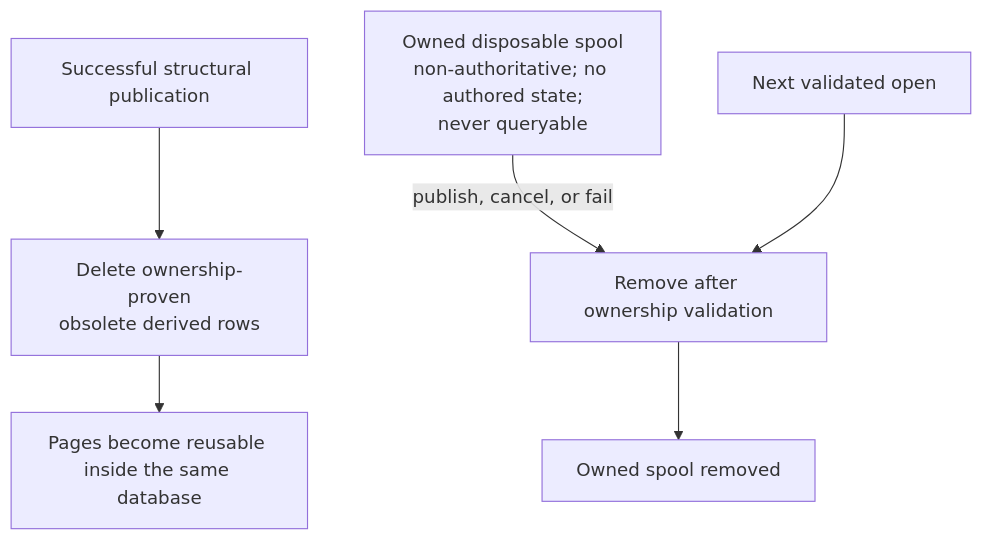
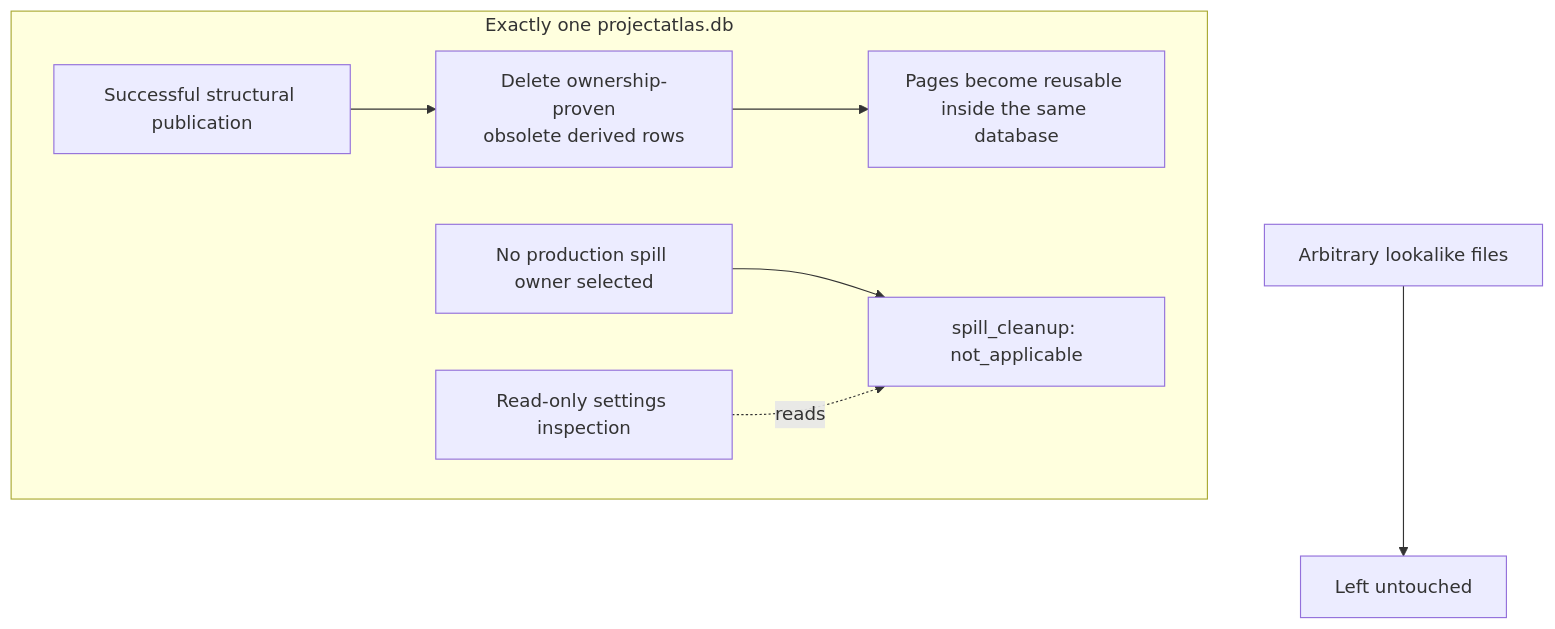
Diagram 15 of 16 in docs/projectatlas-3-architecture.md (styler-ai/ProjectAtlas), drawn with Mermaid before and after one commit. The commit also changed other lines of this file and 16 other files, not shown here.

````diff
--- a/docs/projectatlas-3-architecture.md
+++ b/docs/projectatlas-3-architecture.md
@@ -894,8 +1054,10 @@
 ```mermaid
 flowchart TB
-    Publish[Successful structural publication] --> Obsolete[Delete ownership-proven<br/>obsolete derived rows]
-    Obsolete --> Reuse[Pages become reusable inside the same database]
-    Spill[Owned disposable spool<br/>non-authoritative; no authored state;<br/>never queryable] -->|publish, cancel, or fail| Cleanup[Remove after ownership validation]
-    Restart[Next validated open] --> Cleanup
-    Cleanup --> Removed[Owned spool removed]
+    subgraph Database[Exactly one projectatlas.db]
+        Publish[Successful structural publication] --> Obsolete[Delete ownership-proven<br/>obsolete derived rows]
+        Obsolete --> Reuse[Pages become reusable inside the same database]
+        NoSpill[No production spill owner selected] --> State[spill_cleanup: not_applicable]
+        Settings[Read-only settings inspection] -. reads .-> State
+    end
+    Lookalike[Arbitrary lookalike files] --> Untouched[Left untouched]
 ```
````
